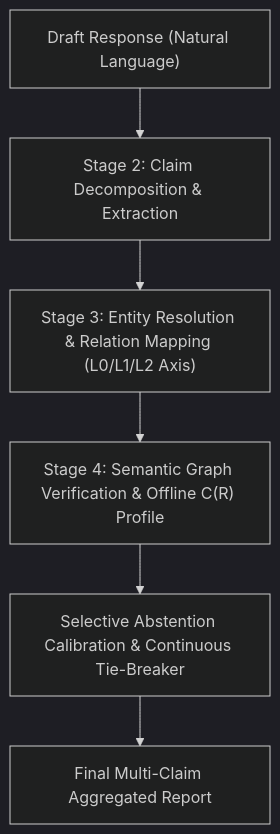
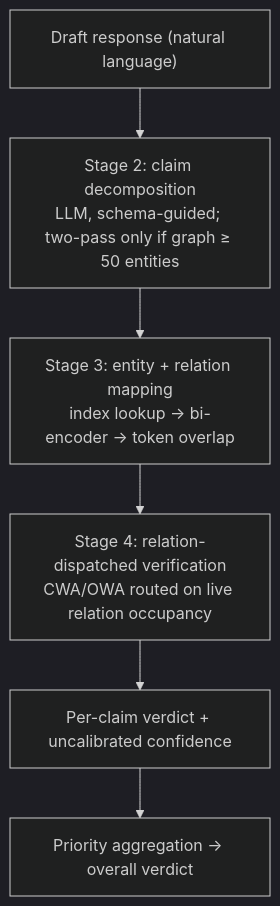
The diagram in docs/architecture/system_expert_review.md (tminhquang00/factverification), drawn with Mermaid (dark theme) before and after one commit. The commit also changed other lines of this file and 49 other files, not shown here.

````diff
--- a/docs/architecture/system_expert_review.md
+++ b/docs/architecture/system_expert_review.md
@@ -11,8 +20,8 @@
 ```mermaid
 graph TD
-    A["Draft Response (Natural Language)"] --> B["Stage 2: Claim Decomposition & Extraction"]
-    B --> C["Stage 3: Entity Resolution & Relation Mapping (L0/L1/L2 Axis)"]
-    C --> D["Stage 4: Semantic Graph Verification & Offline C(R) Profile"]
-    D --> E["Selective Abstention Calibration & Continuous Tie-Breaker"]
-    E --> F["Final Multi-Claim Aggregated Report"]
+    A["Draft response (natural language)"] --> B["Stage 2: claim decomposition<br/>LLM, schema-guided; two-pass only if graph ≥ 50 entities"]
+    B --> C["Stage 3: entity + relation mapping<br/>index lookup → bi-encoder → token overlap"]
+    C --> D["Stage 4: relation-dispatched verification<br/>CWA/OWA routed on live relation occupancy"]
+    D --> E["Per-claim verdict + uncalibrated confidence"]
+    E --> F["Priority aggregation → overall verdict"]
 ```
````
